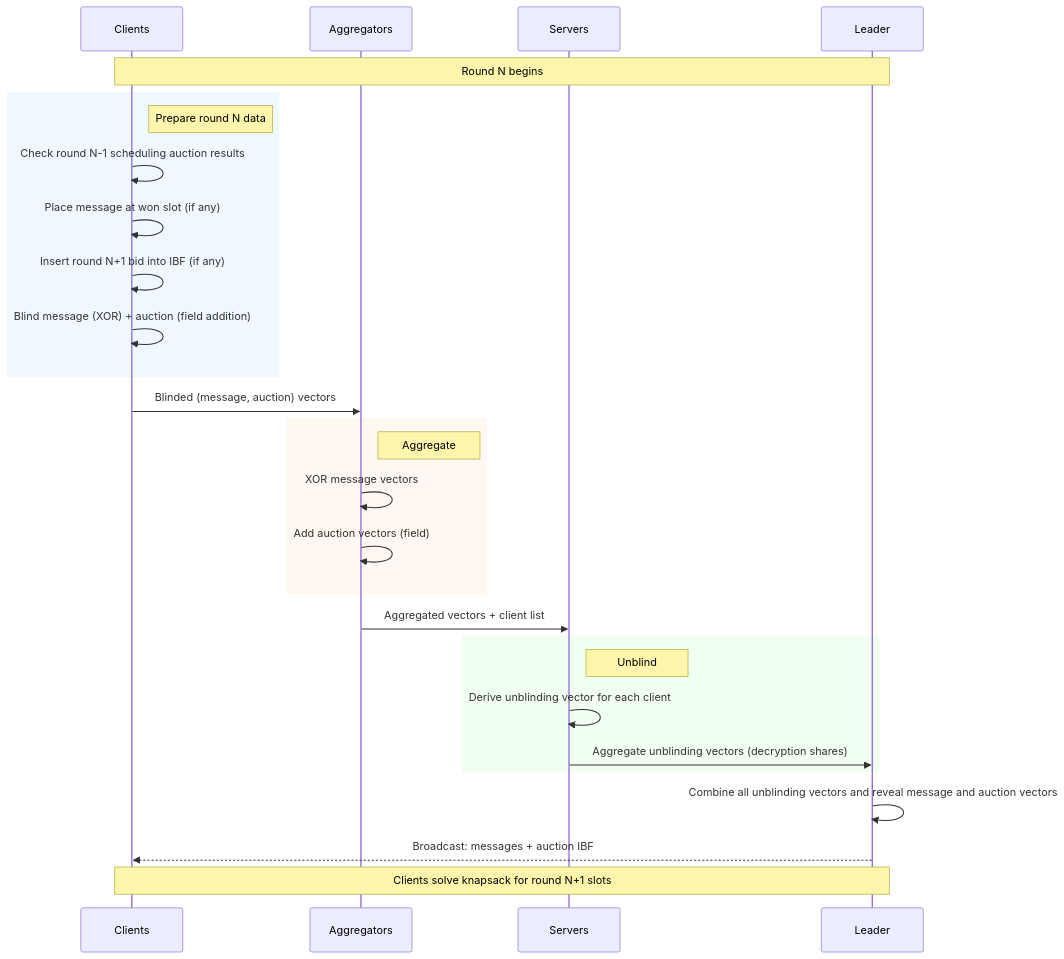
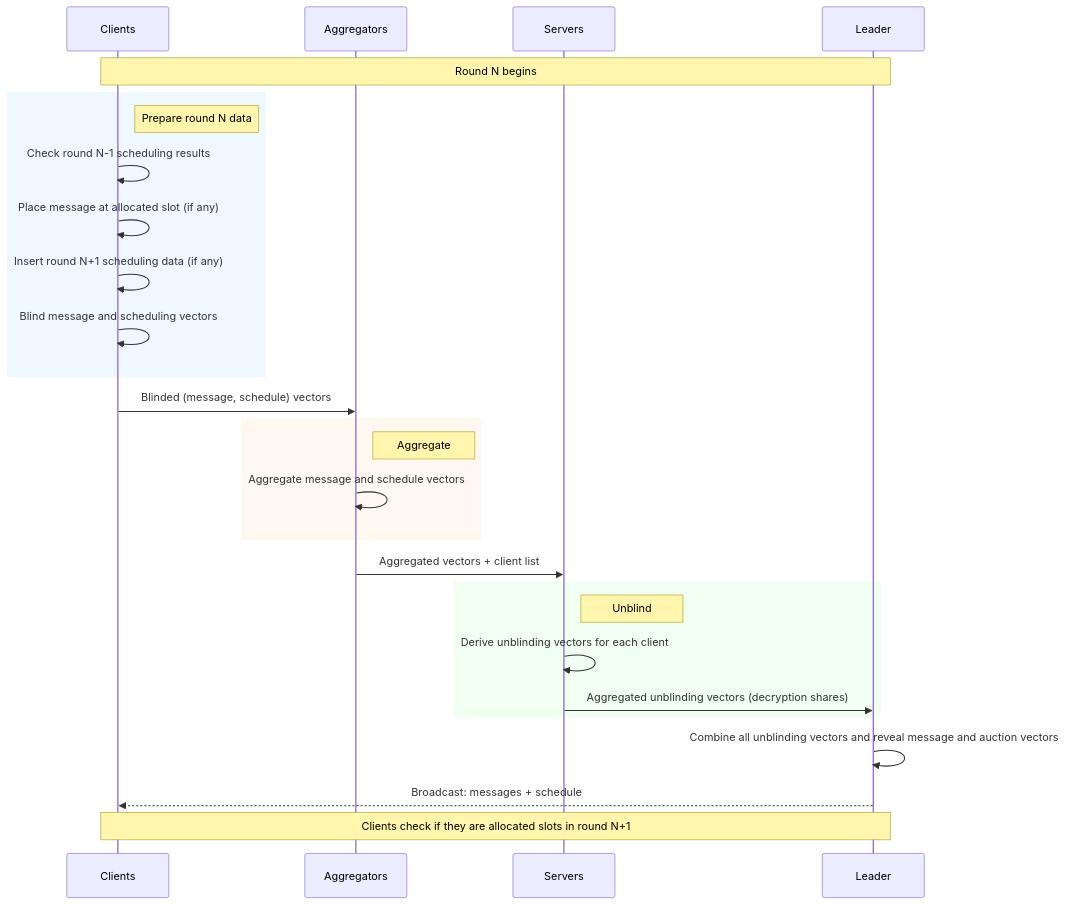
The diagram in protocol/protocol.md (flashbots/adcnet), drawn with Mermaid before and after one commit. The commit also changed other lines of this file, not shown here.

````diff
--- a/protocol/protocol.md
+++ b/protocol/protocol.md
@@ -9,38 +10,37 @@
 ```mermaid
 sequenceDiagram
     participant C as Clients
     participant A as Aggregators
     participant S as Servers
     participant L as Leader
 
     Note over C,L: Round N begins
 
     rect rgb(240, 248, 255)
         Note right of C: Prepare round N data
-        C->>C: Check round N-1 scheduling auction results
-        C->>C: Place message at won slot (if any)
-        C->>C: Insert round N+1 bid into IBF (if any)
-        C->>C: Blind message (XOR) + auction (field addition)
+        C->>C: Check round N-1 scheduling results
+        C->>C: Place message at allocated slot (if any)
+        C->>C: Insert round N+1 scheduling data (if any)
+        C->>C: Blind message and scheduling vectors
     end
 
-    C->>A: Blinded (message, auction) vectors
+    C->>A: Blinded (message, schedule) vectors
 
     rect rgb(255, 248, 240)
         Note right of A: Aggregate
-        A->>A: XOR message vectors
-        A->>A: Add auction vectors (field)
+        A->>A: Aggregate message and schedule vectors
     end
 
     A->>S: Aggregated vectors + client list
 
     rect rgb(240, 255, 240)
         Note right of S: Unblind
-        S->>S: Derive unblinding vector for each client
-        S->>L: Aggregate unblinding vectors (decryption shares)
+        S->>S: Derive unblinding vectors for each client
+        S->>L: Aggregated unblinding vectors (decryption shares)
     end
 
     L->>L: Combine all unblinding vectors and reveal message and auction vectors
-    L-->>C: Broadcast: messages + auction IBF
+    L-->>C: Broadcast: messages + schedule 
 
-    Note over C,L: Clients solve knapsack for round N+1 slots
+    Note over C,L: Clients check if they are allocated slots in round N+1
 ```
````
